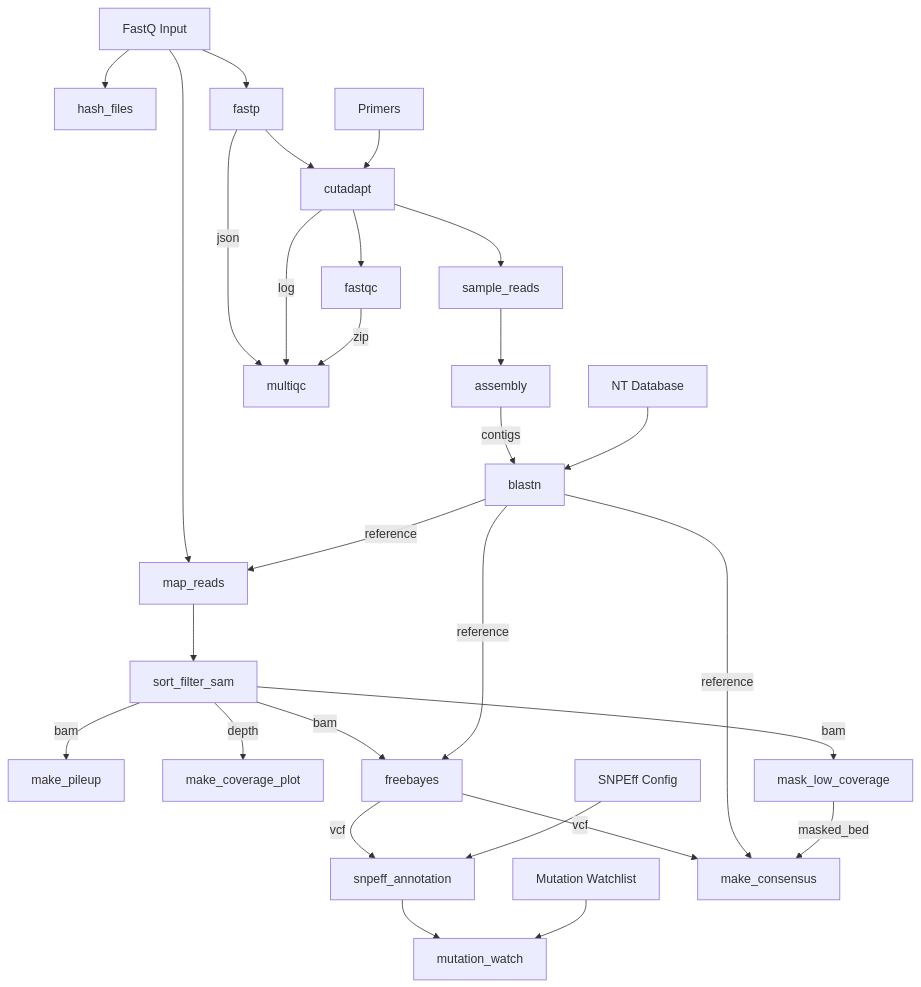
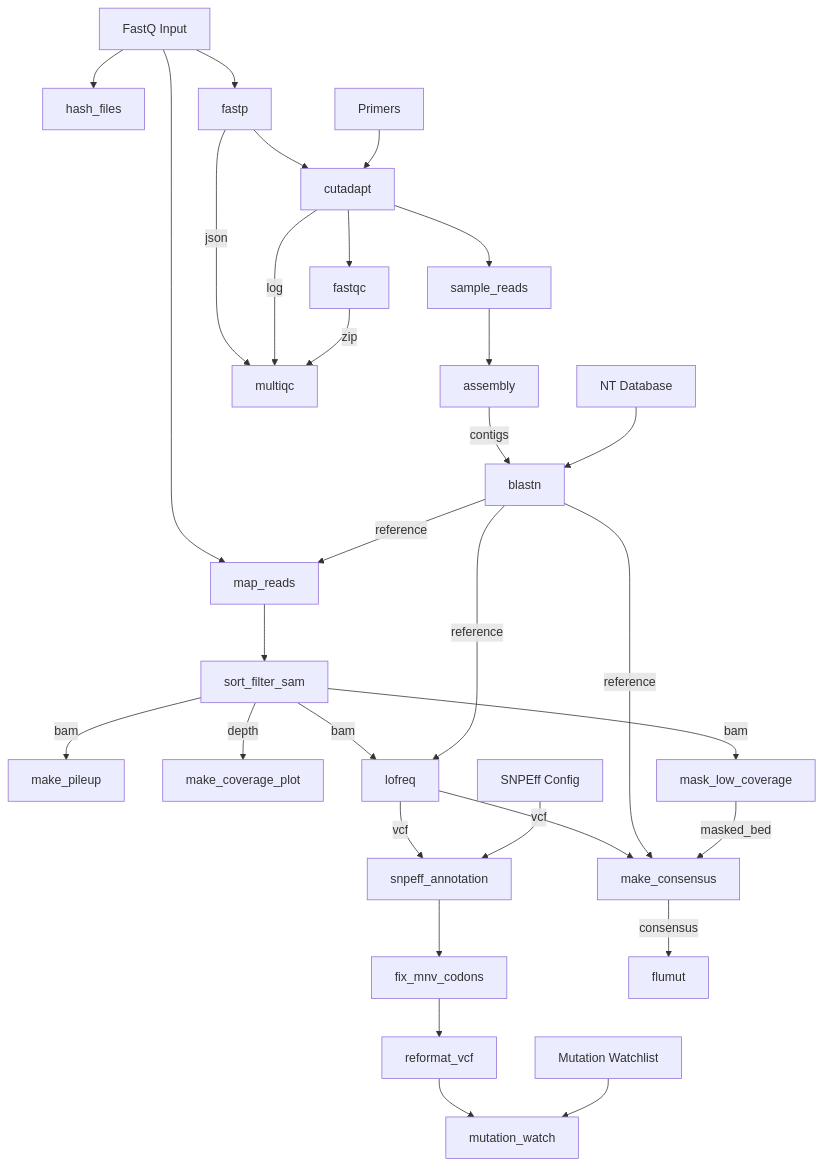
One commit to BCCDC-PHL/fluscan-nf changed the diagram in README.md. Above: the diagram before and after it, drawn with Mermaid. The commit also changed other lines of this file and 33 other files, not shown here.

````diff
--- a/README.md
+++ b/README.md
@@ -20,40 +34,46 @@
 ```mermaid
 flowchart TD
     %% Input channels and initial processes
     input[FastQ Input] --> hash[hash_files]
     input --> fastp
     fastp --> cutadapt
     primers[Primers] --> cutadapt
     cutadapt --> fastqc
     cutadapt --> sample_reads
     sample_reads --> assembly
 
     %% MultiQC inputs
     fastp -- json --> multiqc
     cutadapt -- log --> multiqc
     fastqc -- zip --> multiqc
 
-    %% Reference mapping and variant calling
+    %% Reference selection via BLAST
     assembly -- contigs --> blastn
     nt_db[NT Database] --> blastn
+
+    %% Read mapping and variant calling
     input --> map_reads
     blastn -- reference --> map_reads
     map_reads --> sort_filter_sam
     sort_filter_sam -- bam --> make_pileup
     sort_filter_sam -- depth --> make_coverage_plot
-    sort_filter_sam -- bam --> freebayes
-    blastn -- reference --> freebayes
-    
-    %% SNPEff annotation
-    freebayes -- vcf --> snpeff_annotation
+    sort_filter_sam -- bam --> lofreq
+    blastn -- reference --> lofreq
+
+    %% SnpEff annotation and MNV correction
+    lofreq -- vcf --> snpeff_annotation
     snpeff_config[SNPEff Config] --> snpeff_annotation
-    snpeff_annotation --> mutation_watch
+    snpeff_annotation --> fix_mnv_codons
+    fix_mnv_codons --> reformat_vcf
+    reformat_vcf --> mutation_watch
     mutation_watchlist[Mutation Watchlist] --> mutation_watch
 
     %% Consensus generation
     sort_filter_sam -- bam --> mask_low_coverage
-    freebayes -- vcf --> make_consensus
+    lofreq -- vcf --> make_consensus
     blastn -- reference --> make_consensus
     mask_low_coverage -- masked_bed --> make_consensus
 
+    %% FluMut
+    make_consensus -- consensus --> flumut
 ```
````
